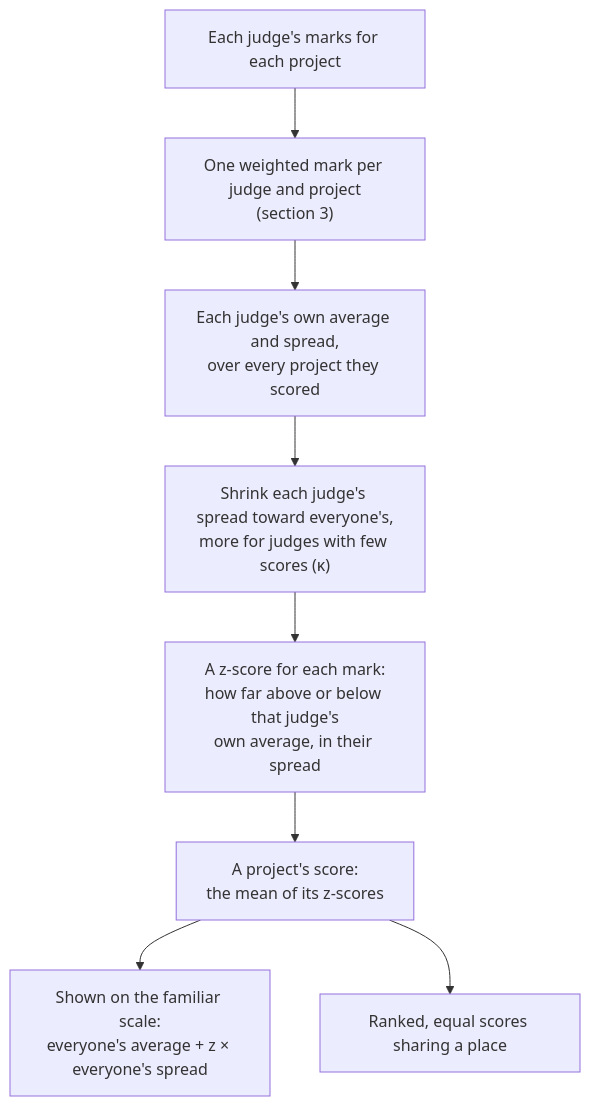
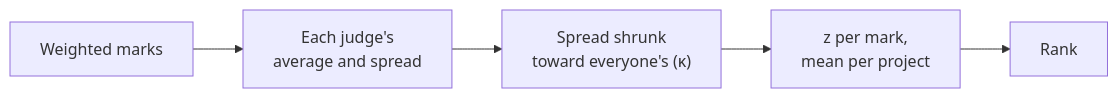
One commit to manusingh090/Shipshape changed the third of 4 diagrams in JUDGING.md. Above: the diagram before and after it, drawn with Mermaid. The commit also changed other lines of this file and 2 other files, not shown here.

Commit message:
Update files: shorter README, compact diagrams

````diff
--- a/JUDGING.md
+++ b/JUDGING.md
@@ -230,10 +215,4 @@
 ```mermaid
-flowchart TB
-    marks["Each judge's marks for each project"] --> weighted["One weighted mark per judge and project<br/>(section 3)"]
-    weighted --> habits["Each judge's own average and spread,<br/>over every project they scored"]
-    habits --> shrink["Shrink each judge's spread toward everyone's,<br/>more for judges with few scores (κ)"]
-    shrink --> z["A z-score for each mark:<br/>how far above or below that judge's<br/>own average, in their spread"]
-    z --> mean["A project's score:<br/>the mean of its z-scores"]
-    mean --> display["Shown on the familiar scale:<br/>everyone's average + z × everyone's spread"]
-    mean --> rank["Ranked, equal scores sharing a place"]
+flowchart LR
+    marks["Weighted marks"] --> habits["Each judge's<br/>average and spread"] --> shrink["Spread shrunk<br/>toward everyone's (κ)"] --> z["z per mark,<br/>mean per project"] --> rank["Rank"]
 ```
````
